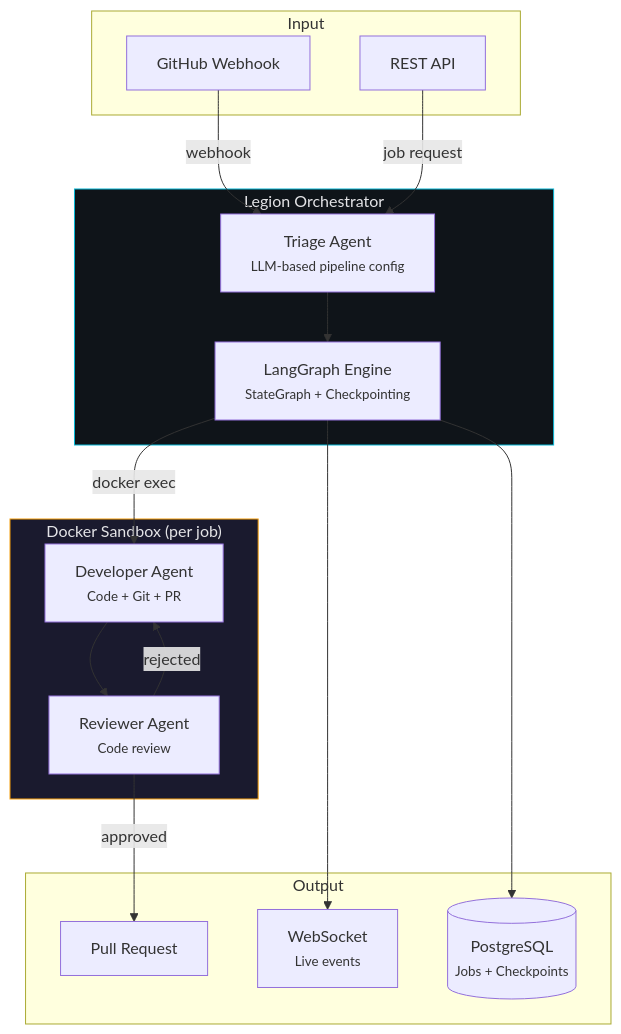
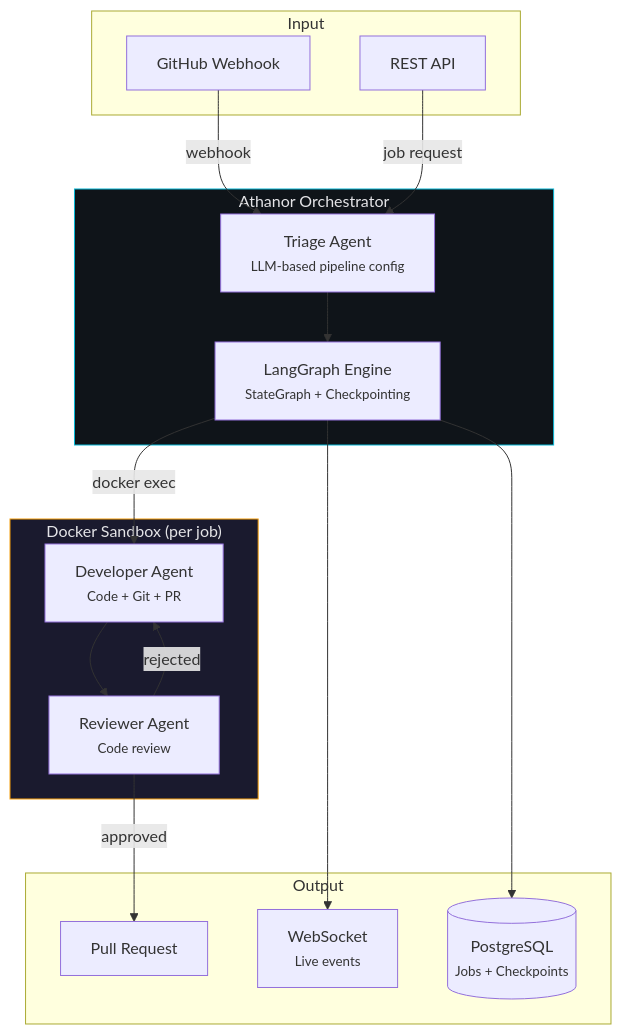
Before and after one commit to sudoTomas/embry0: the first of 3 diagrams in README.md, drawn with Mermaid. The commit also changed other lines of this file and 2 other files, not shown here.

First line of the commit message:
docs: rename Legion → embry0 across active documentation

````diff
--- a/README.md
+++ b/README.md
@@ -24,36 +24,36 @@
 ```mermaid
 graph TB
     subgraph Input
         GH["GitHub Webhook"]
         API["REST API"]
     end
 
-    subgraph Legion["Legion Orchestrator"]
+    subgraph Athanor["Athanor Orchestrator"]
         TR["Triage Agent<br/><small>LLM-based pipeline config</small>"]
         LG["LangGraph Engine<br/><small>StateGraph + Checkpointing</small>"]
     end
 
     subgraph Sandbox["Docker Sandbox (per job)"]
         DEV["Developer Agent<br/><small>Code + Git + PR</small>"]
         REV["Reviewer Agent<br/><small>Code review</small>"]
     end
 
     subgraph Output
         PR["Pull Request"]
         WS["WebSocket<br/><small>Live events</small>"]
         DB[("PostgreSQL<br/><small>Jobs + Checkpoints</small>")]
     end
 
     GH -->|webhook| TR
     API -->|job request| TR
     TR --> LG
     LG -->|docker exec| DEV
     DEV --> REV
     REV -->|rejected| DEV
     REV -->|approved| PR
     LG --> WS
     LG --> DB
 
-    style Legion fill:#0f1419,stroke:#06b6d4,color:#e4e4e7
+    style Athanor fill:#0f1419,stroke:#06b6d4,color:#e4e4e7
     style Sandbox fill:#1a1a2e,stroke:#f59e0b,color:#e4e4e7
 ```
````
